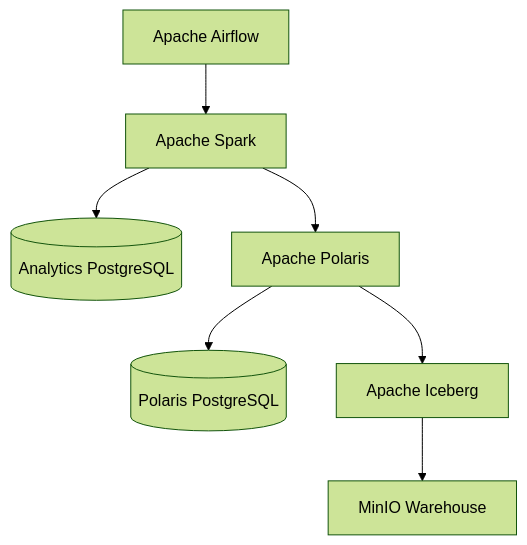
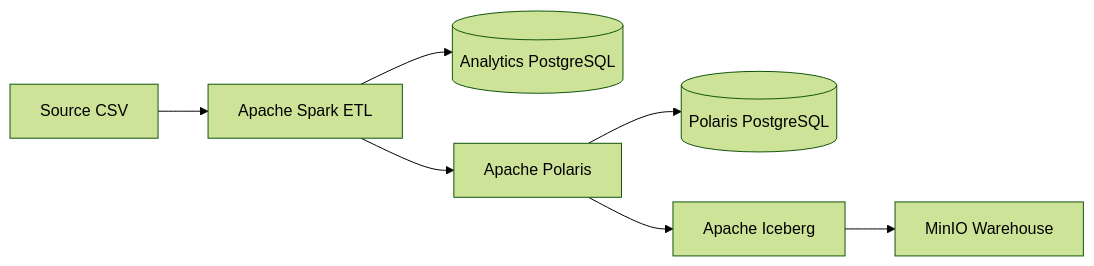
Before and after one commit to ganeshsa986/ELT-Pipeline-with-Docker-Compose: the second of 2 diagrams in README.md, drawn with Mermaid (forest theme). The commit also changed other lines of this file, not shown here.

````diff
--- a/README.md
+++ b/README.md
@@ -13,9 +151,29 @@
-``` mermaid
-flowchart TB
-Airflow[Apache Airflow] --> Spark[Apache Spark]
-Spark --> Analytics[(Analytics PostgreSQL)]
-Spark --> Polaris[Apache Polaris]
-Polaris --> Gov[(Polaris PostgreSQL)]
-Polaris --> Iceberg[Apache Iceberg]
-Iceberg --> MinIO[MinIO Warehouse]
+```mermaid
+flowchart LR
+
+A[Source CSV]
+
+B[Apache Spark ETL]
+
+C[(Analytics PostgreSQL)]
+
+D[Apache Polaris]
+
+E[(Polaris PostgreSQL)]
+
+F[Apache Iceberg]
+
+G[MinIO Warehouse]
+
+A --> B
+
+B --> C
+
+B --> D
+
+D --> E
+
+D --> F
+
+F --> G
 ```
````
